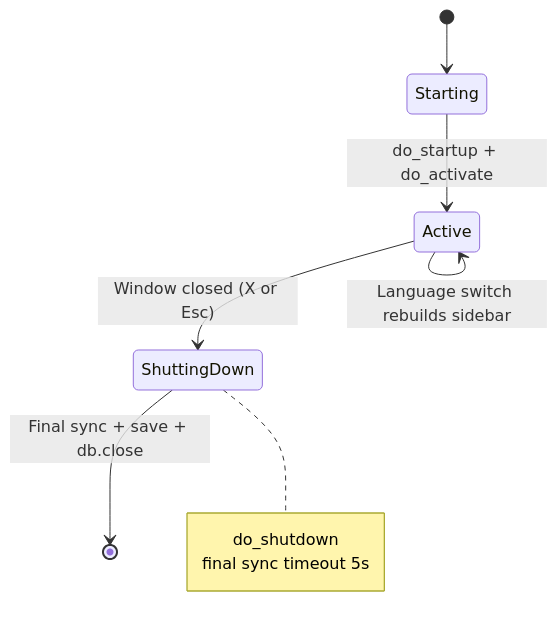
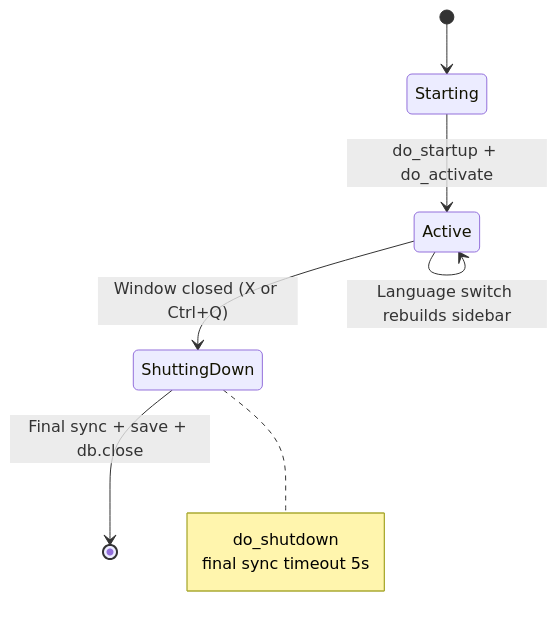
Before and after one commit to AndreaBonn/command-quiver: the fifth of 6 diagrams in docs/ARCHITECTURE.md, drawn with Mermaid. The commit also changed other lines of this file and 16 other files, not shown here.

First line of the commit message:
docs: realign README, architecture and security docs with the reworked UI

````diff
--- a/docs/ARCHITECTURE.md
+++ b/docs/ARCHITECTURE.md
@@ -160,14 +162,14 @@
 ```mermaid
 stateDiagram-v2
   [*] --> Starting
 
   Starting --> Active : do_startup + do_activate
   Active --> Active : Language switch rebuilds sidebar
-  Active --> ShuttingDown : Window closed (X or Esc)
+  Active --> ShuttingDown : Window closed (X or Ctrl+Q)
   ShuttingDown --> [*] : Final sync + save + db.close
 
   note right of ShuttingDown
     do_shutdown
     final sync timeout 5s
   end note
 ```
````
